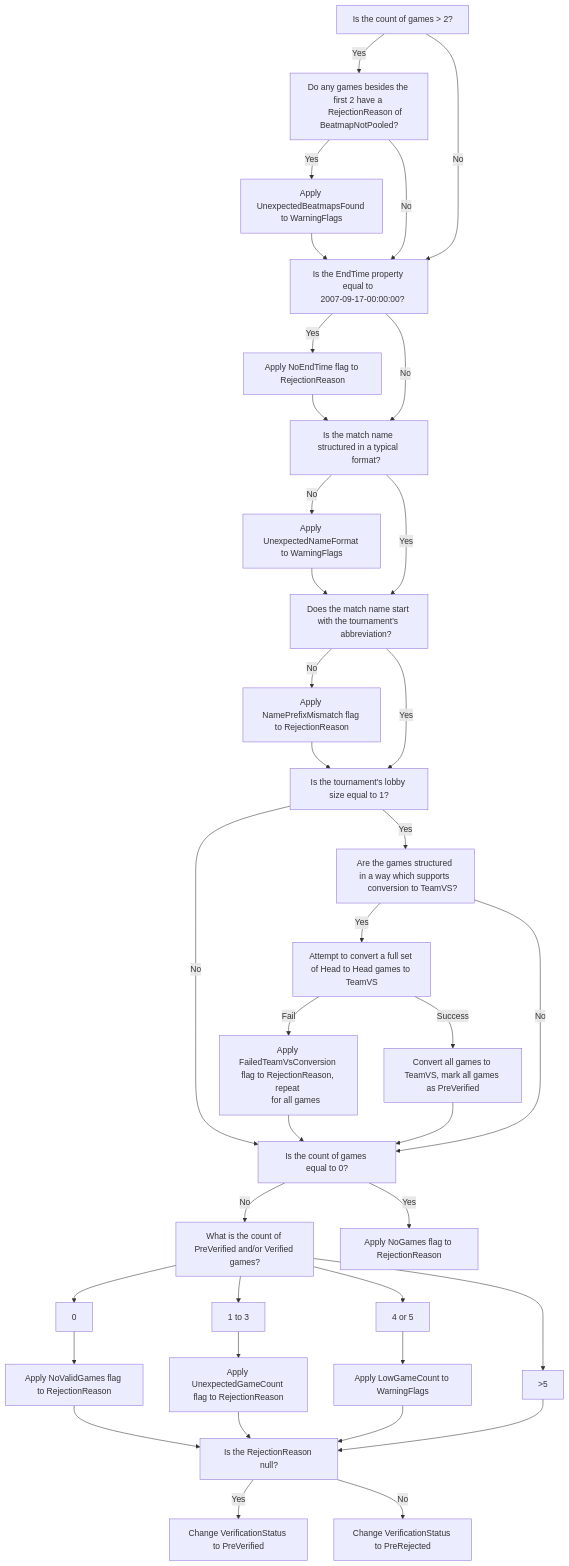
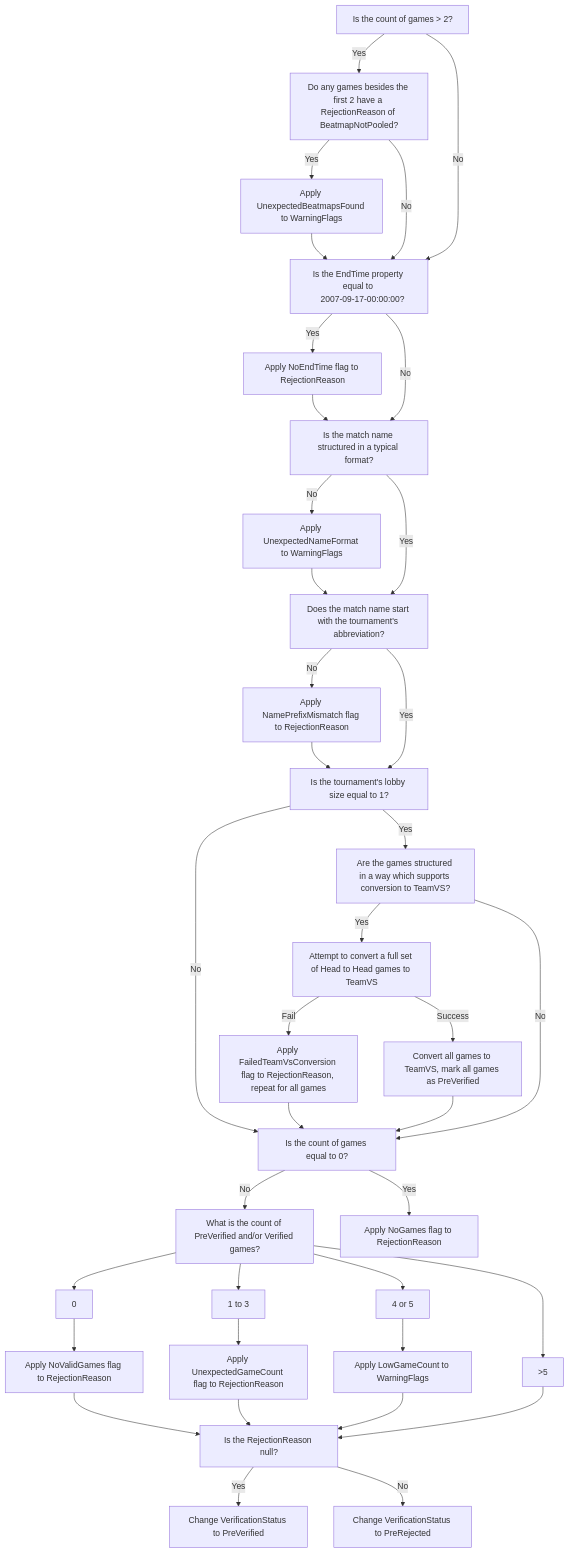
One commit to osu-tournament-rating/otr-docs changed the third of 5 diagrams in docs/topics/Automated-Checks.md. Above: the diagram before and after it, drawn with Mermaid. The commit also changed other lines of this file, not shown here.

Commit message:
Fix broken flowchart blocks

````diff
--- a/docs/topics/Automated-Checks.md
+++ b/docs/topics/Automated-Checks.md
@@ -39,68 +39,63 @@
 ```Mermaid
 flowchart TD;
    A[Is the count of games > 2?]
-   B[Do any games besides the first 2 have a 
-      RejectionReason of BeatmapNotPooled?]
+   B[Do any games besides the first 2 have a RejectionReason of BeatmapNotPooled?]
    C[Apply UnexpectedBeatmapsFound to WarningFlags]
    D[Is the EndTime property equal to 
    2007-09-17-00:00:00?]
    E[Apply NoEndTime flag to RejectionReason]
-   H[Is the match name structured in a typical 
-      format?]
+   H[Is the match name structured in a typical format?]
    I[Apply UnexpectedNameFormat to WarningFlags]
-   J[Does the match name start with the tournament's 
-      abbreviation?]
+   J[Does the match name start with the tournament's abbreviation?]
    K[Apply NamePrefixMismatch flag to RejectionReason]
    L[Is the tournament's lobby size equal to 1?]
-   M[Are the games structured in a way which supports 
-      conversion to TeamVS?]
+   M[Are the games structured in a way which supports conversion to TeamVS?]
    N[Attempt to convert a full set of Head to Head games to TeamVS]
-   O[Apply FailedTeamVsConversion flag to RejectionReason, repeat 
-      for all games]
+   O[Apply FailedTeamVsConversion flag to RejectionReason, repeat for all games]
    P[Convert all games to TeamVS, mark all games as PreVerified]
    
    F[Is the count of games equal to 0?]
    G[Apply NoGames flag to RejectionReason]
    Q[What is the count of PreVerified and/or Verified games?]
    Q1[0]
    Q2[1 to 3]
    Q3[4 or 5]
    Q4[&gt;5]
    Q_A[Apply NoValidGames flag to RejectionReason]
    Q_B[Apply UnexpectedGameCount flag to RejectionReason]
    Q_C[Apply LowGameCount to WarningFlags]
    
    PreTerm[Is the RejectionReason null?]
    TermPositive[Change VerificationStatus to PreVerified]
    TermNegative[Change VerificationStatus to PreRejected]
    
    A -- Yes --> B
    B -- Yes --> C --> D
    A -- No --> D
    B -- No --> D
    D -- Yes --> E --> H
    D -- No --> H
    
    H -- No --> I --> J
    H -- Yes --> J
    J -- No --> K --> L
    J -- Yes --> L
    L -- No --> F
    L -- Yes --> M
    M -- Yes --> N
    M -- No --> F
    N -- Fail --> O --> F
    N -- Success --> P --> F
    F -- No --> Q
    F -- Yes --> G
    Q --> Q1
    Q --> Q2
    Q --> Q3
    Q --> Q4
    Q1 --> Q_A --> PreTerm
    Q2 --> Q_B --> PreTerm
    Q3 --> Q_C --> PreTerm
    Q4 --> PreTerm
    PreTerm -- Yes --> TermPositive
    PreTerm -- No --> TermNegative
 ```
````
